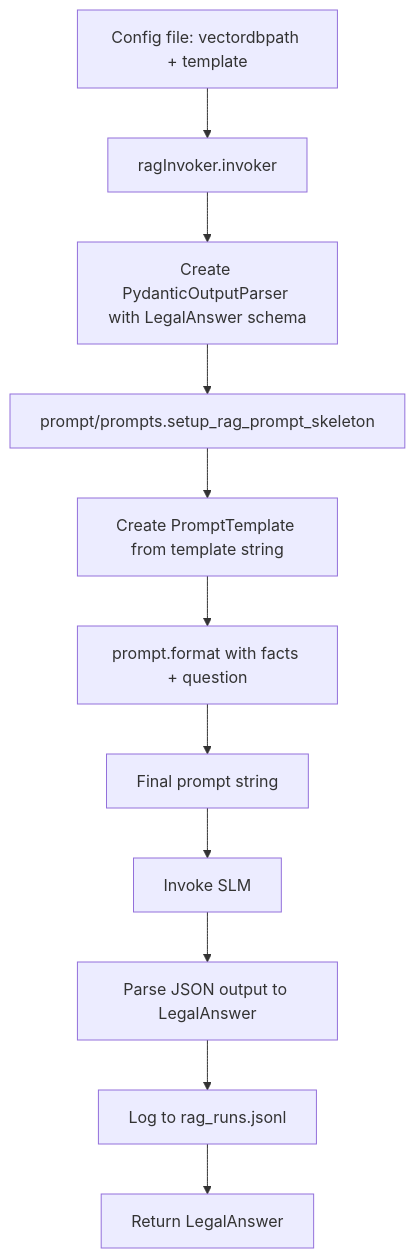
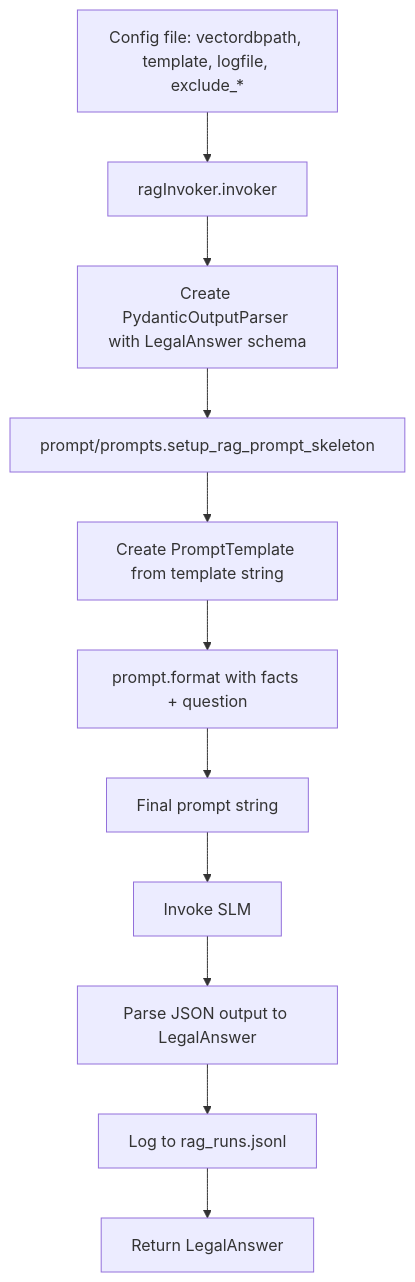
One commit to prasenjitb-cloud/legalos changed the diagram in chatbot/legalos_rag/README.md. Above: the diagram before and after it, drawn with Mermaid. The commit also changed other lines of this file and 5 other files, not shown here.

````diff
--- a/chatbot/legalos_rag/README.md
+++ b/chatbot/legalos_rag/README.md
@@ -132,13 +143,13 @@
 ```mermaid
 flowchart TD
-    A[Config file: vectordbpath + template] --> B[ragInvoker.invoker]
+    A[Config file: vectordbpath, template, logfile, exclude_*] --> B[ragInvoker.invoker]
     B --> C[Create PydanticOutputParser with LegalAnswer schema]
     C --> D[prompt/prompts.setup_rag_prompt_skeleton]
     D --> E[Create PromptTemplate from template string]
     E --> F[prompt.format with facts + question]
     F --> G[Final prompt string]
     G --> H[Invoke SLM]
     H --> I[Parse JSON output to LegalAnswer]
     I --> J[Log to rag_runs.jsonl]
     J --> K[Return LegalAnswer]
 ```
````
